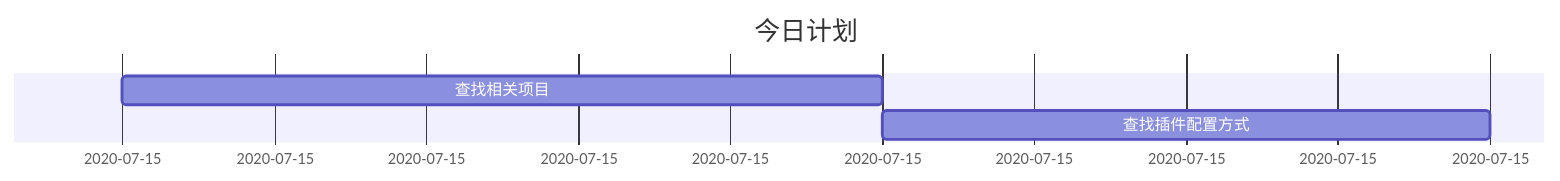
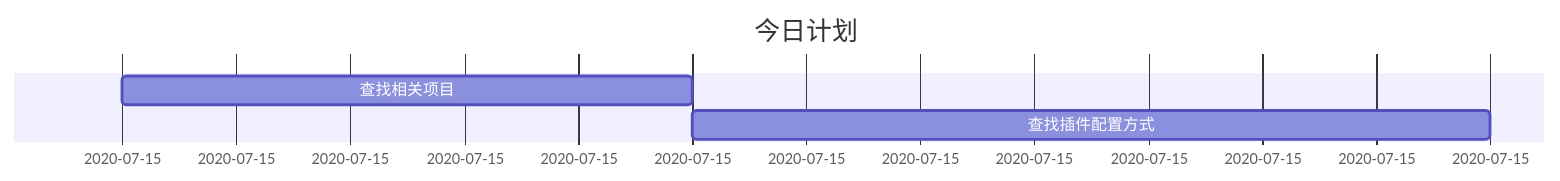
The second of 2 diagrams in Plan.md (luotianqi777/Notebook), drawn with Mermaid before and after one commit. The commit also changed 1 other file, not shown here.

Commit message:
中间件研究

````diff
--- a/Plan.md
+++ b/Plan.md
@@ -20,7 +20,7 @@
 ```mermaid
 gantt
 dateFormat  HH:mm
 title 今日计划
 查找相关项目: 09:00, 14:00
-查找插件配置方式: 14:00,18:00
+查找插件配置方式: 14:00, 21:00
 ```
````
